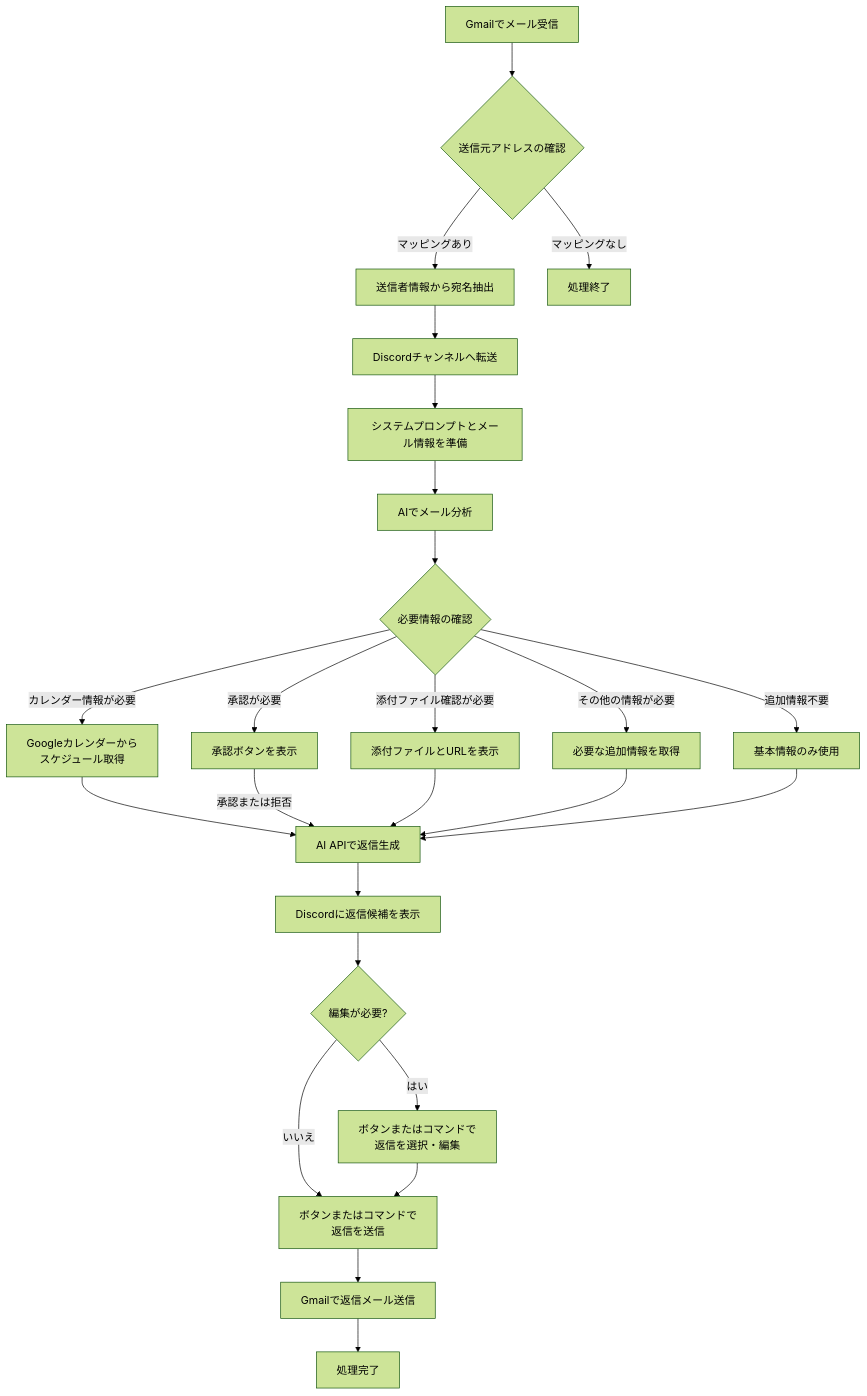
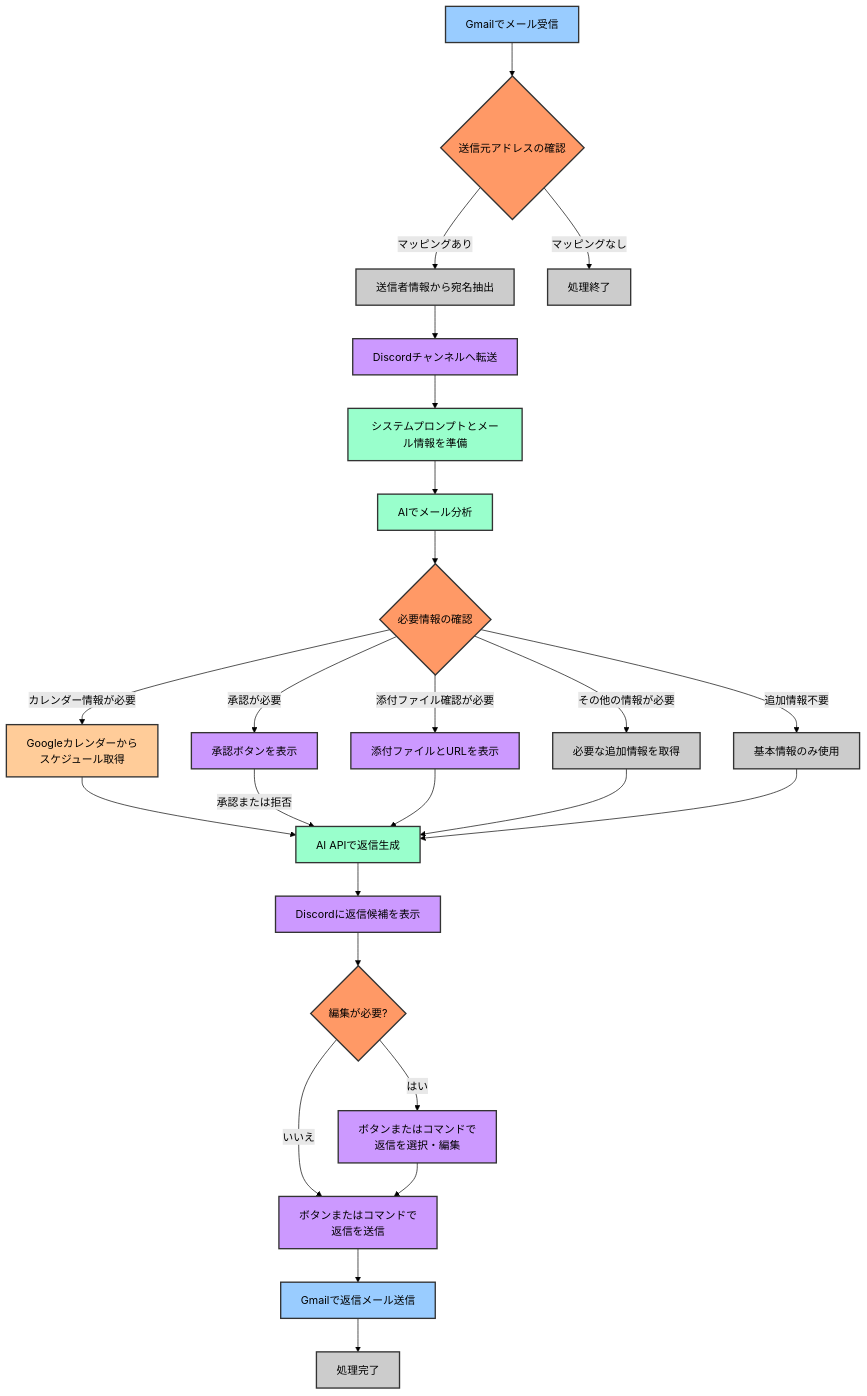
The second of 2 diagrams in DEVELOPER.md (YUiCHI-Ai/gmail-discord-ai-responder), drawn with Mermaid (forest theme) before and after one commit. The commit also changed other lines of this file, not shown here.

````diff
--- a/DEVELOPER.md
+++ b/DEVELOPER.md
@@ -279,27 +594,34 @@
 ```mermaid
 flowchart TD
-    A[Gmailでメール受信] --> B{送信元アドレスの確認}
-    B -->|マッピングあり| C[送信者情報から宛名抽出]
-    B -->|マッピングなし| Z[処理終了]
-    C --> D[Discordチャンネルへ転送]
-    D --> E[システムプロンプトとメール情報を準備]
-    E --> F[AIでメール分析]
-    F --> G{必要情報の確認}
-    G -->|カレンダー情報が必要| H[Googleカレンダーから\nスケジュール取得]
-    G -->|承認が必要| H2[承認ボタンを表示]
-    G -->|添付ファイル確認が必要| H3[添付ファイルとURLを表示]
-    G -->|その他の情報が必要| I[必要な追加情報を取得]
-    G -->|追加情報不要| J[基本情報のみ使用]
-    H --> K[AI APIで返信生成]
+    classDef gmailStep fill:#9cf,stroke:#333,stroke-width:2px;
+    classDef discordStep fill:#c9f,stroke:#333,stroke-width:2px;
+    classDef aiStep fill:#9fc,stroke:#333,stroke-width:2px;
+    classDef calendarStep fill:#fc9,stroke:#333,stroke-width:2px;
+    classDef decisionStep fill:#f96,stroke:#333,stroke-width:2px;
+    classDef actionStep fill:#ccc,stroke:#333,stroke-width:2px;
+
+    A[Gmailでメール受信]:::gmailStep --> B{送信元アドレスの確認}:::decisionStep
+    B -->|マッピングあり| C[送信者情報から宛名抽出]:::actionStep
+    B -->|マッピングなし| Z[処理終了]:::actionStep
+    C --> D[Discordチャンネルへ転送]:::discordStep
+    D --> E[システムプロンプトとメール情報を準備]:::aiStep
+    E --> F[AIでメール分析]:::aiStep
+    F --> G{必要情報の確認}:::decisionStep
+    G -->|カレンダー情報が必要| H[Googleカレンダーから\nスケジュール取得]:::calendarStep
+    G -->|承認が必要| H2[承認ボタンを表示]:::discordStep
+    G -->|添付ファイル確認が必要| H3[添付ファイルとURLを表示]:::discordStep
+    G -->|その他の情報が必要| I[必要な追加情報を取得]:::actionStep
+    G -->|追加情報不要| J[基本情報のみ使用]:::actionStep
+    H --> K[AI APIで返信生成]:::aiStep
     H2 -->|承認または拒否| K
     H3 --> K
     I --> K
     J --> K
-    K --> L[Discordに返信候補を表示]
-    L --> M{編集が必要?}
-    M -->|はい| N[ボタンまたはコマンドで\n返信を選択・編集]
-    M -->|いいえ| O[ボタンまたはコマンドで\n返信を送信]
+    K --> L[Discordに返信候補を表示]:::discordStep
+    L --> M{編集が必要?}:::decisionStep
+    M -->|はい| N[ボタンまたはコマンドで\n返信を選択・編集]:::discordStep
+    M -->|いいえ| O[ボタンまたはコマンドで\n返信を送信]:::discordStep
     N --> O
-    O --> P[Gmailで返信メール送信]
-    P --> Q[処理完了]
+    O --> P[Gmailで返信メール送信]:::gmailStep
+    P --> Q[処理完了]:::actionStep
 ```
````
